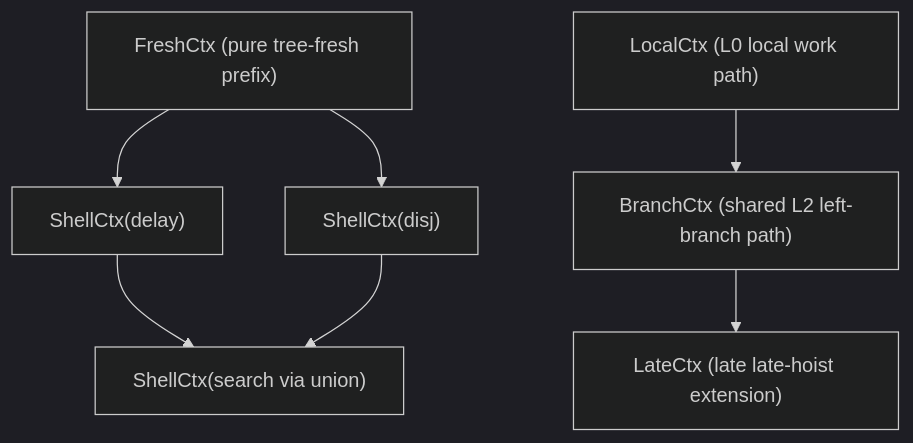
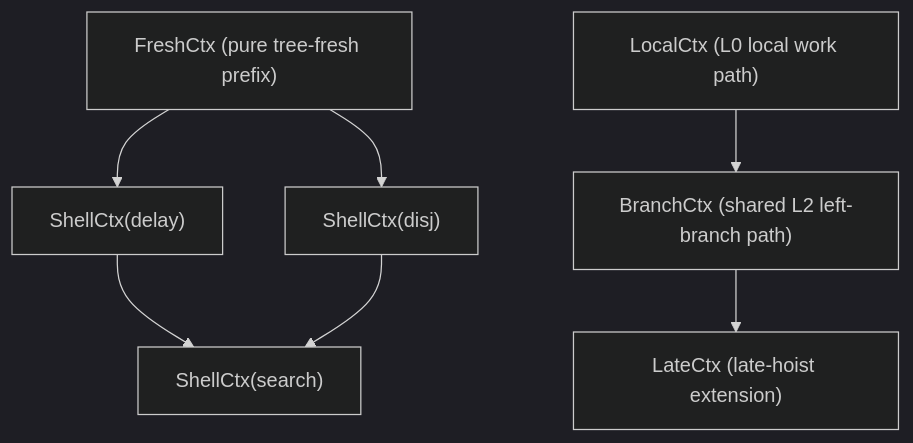
One commit to brysenPfingsten/mk-redex-viz changed the second of 2 diagrams in racket-server/src/search-lattice/SEMILATTICE.md. Above: the diagram before and after it, drawn with Mermaid (dark theme). The commit also changed other lines of this file and 11 other files, not shown here.

Commit message:
Fix source mapping and late-hoist regressions

````diff
--- a/racket-server/src/search-lattice/SEMILATTICE.md
+++ b/racket-server/src/search-lattice/SEMILATTICE.md
@@ -330,19 +330,19 @@
 ```mermaid
 graph TD
   qfresh["FreshCtx (pure tree-fresh prefix)"]
   qshell_delay["ShellCtx(delay)"]
   qshell_disj["ShellCtx(disj)"]
-  qshell_sb["ShellCtx(search via union)"]
+  qshell_search["ShellCtx(search)"]
 
   klocal["LocalCtx (L0 local work path)"]
   kbranch["BranchCtx (shared L2 left-branch path)"]
-  klate["LateCtx (late late-hoist extension)"]
+  klate["LateCtx (late-hoist extension)"]
 
   qfresh --> qshell_delay
   qfresh --> qshell_disj
-  qshell_delay --> qshell_sb
-  qshell_disj --> qshell_sb
+  qshell_delay --> qshell_search
+  qshell_disj --> qshell_search
 
   klocal --> kbranch
   kbranch --> klate
 ```
````
